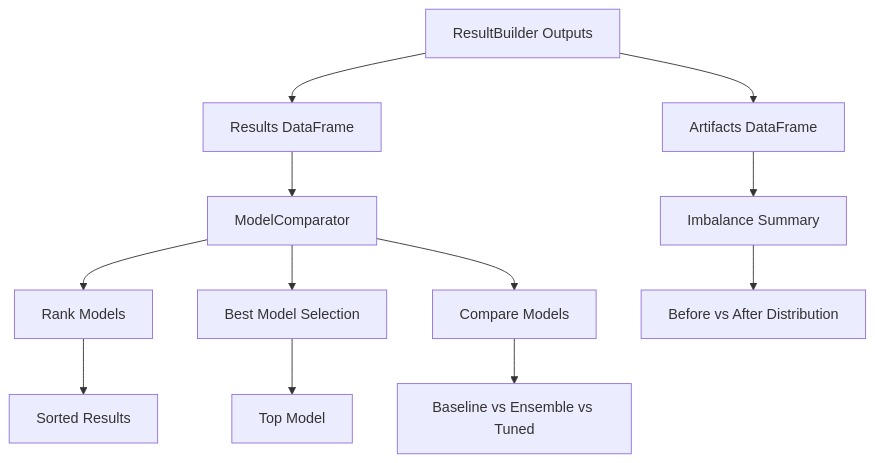
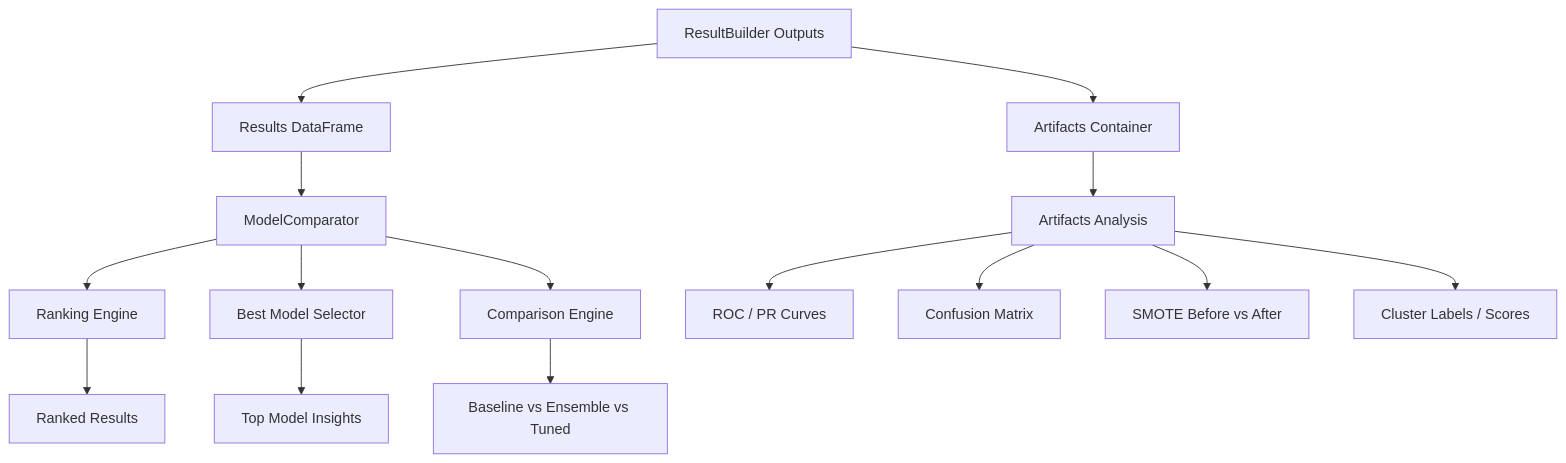
One commit to abhinavssingh/python-learnings changed the fourth of 6 diagrams in lib/utility/machinelearning/README.md. Above: the diagram before and after it, drawn with Mermaid. The commit also changed other lines of this file and 41 other files, not shown here.

````diff
--- a/lib/utility/machinelearning/README.md
+++ b/lib/utility/machinelearning/README.md
@@ -147,21 +152,23 @@
 ```mermaid
 flowchart TD
 
     A[ResultBuilder Outputs] --> B[Results DataFrame]
-    A --> C[Artifacts DataFrame]
-
-    C --> C1[Imbalance Summary]
+    A --> C[Artifacts Container]
 
     B --> D[ModelComparator]
 
-    D --> E[Rank Models]
-    D --> F[Best Model Selection]
-    D --> G[Compare Models]
+    D --> E[Ranking Engine]
+    D --> F[Best Model Selector]
+    D --> G[Comparison Engine]
 
-    E --> H[Sorted Results]
-    F --> I[Top Model]
+    E --> H[Ranked Results]
+    F --> I[Top Model Insights]
 
-    C1 --> J[Before vs After Distribution]
+    C --> J[Artifacts Analysis]
+    J --> J1[ROC / PR Curves]
+    J --> J2[Confusion Matrix]
+    J --> J3[SMOTE Before vs After]
+    J --> J4[Cluster Labels / Scores]
 
     G --> K[Baseline vs Ensemble vs Tuned]
 ```
````
